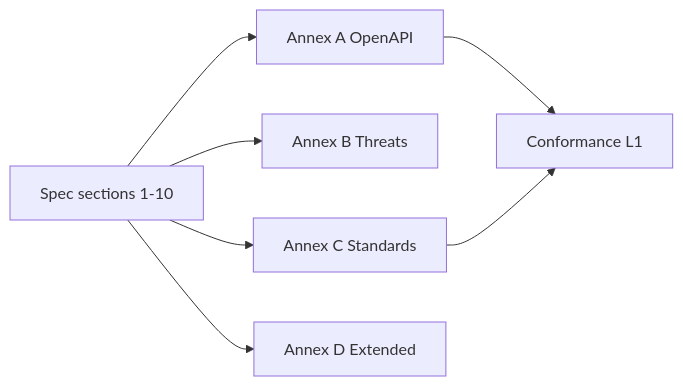
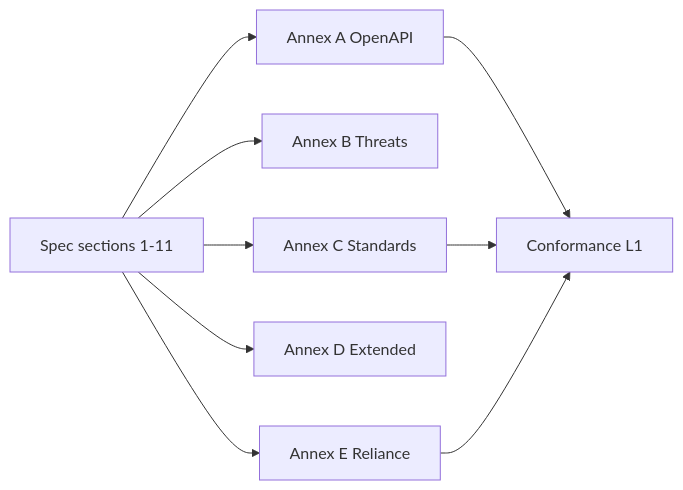
Before and after one commit to odtis/core-spec: the diagram in annexes/README.md, drawn with Mermaid. The commit also changed other lines of this file and 140 other files, not shown here.

First line of the commit message:
Add Reliance Extensions profile with full spec, annex, and conformance package.

````diff
--- a/annexes/README.md
+++ b/annexes/README.md
@@ -43,16 +45,19 @@
 ```mermaid
 flowchart LR
- SPEC[Spec sections 1-10]
+ SPEC[Spec sections 1-11]
  A[Annex A OpenAPI]
  B[Annex B Threats]
  C[Annex C Standards]
  D[Annex D Extended]
+ E[Annex E Reliance]
  CONF[Conformance L1]
 
  SPEC --> A
  SPEC --> B
  SPEC --> C
  SPEC --> D
+ SPEC --> E
  A --> CONF
  C --> CONF
+ E --> CONF
 ```
````
